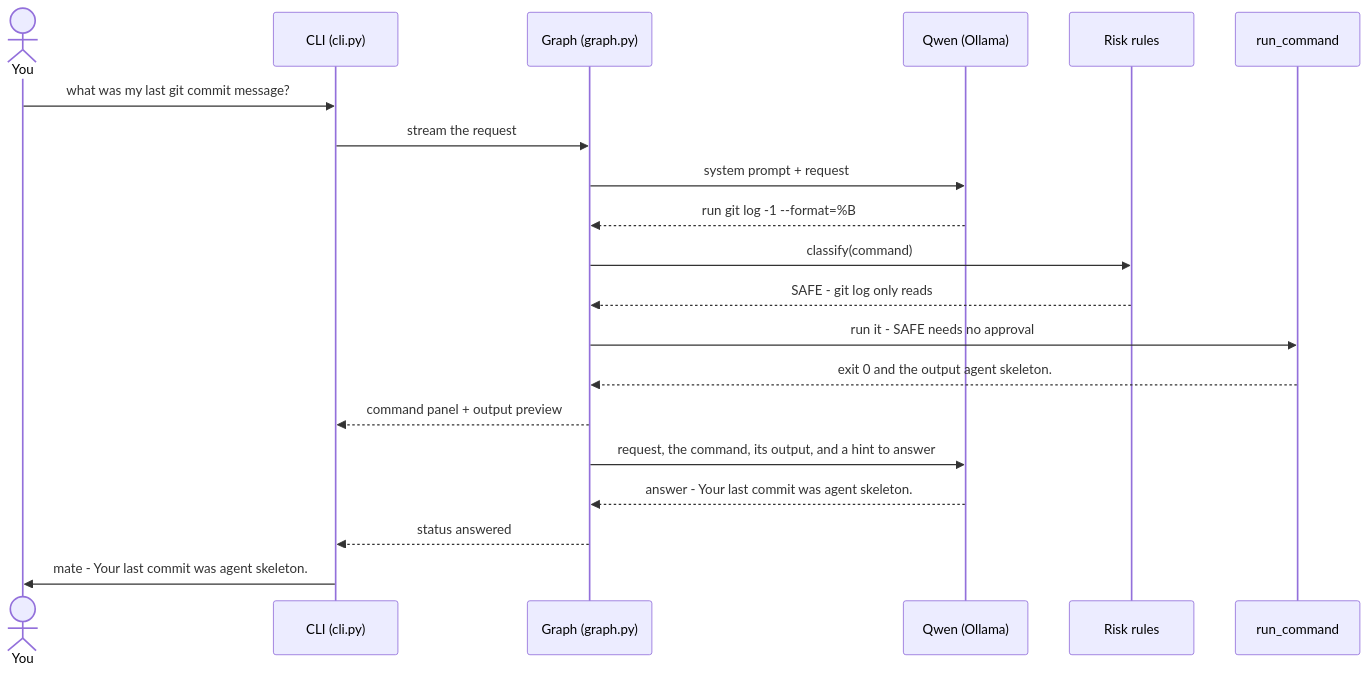
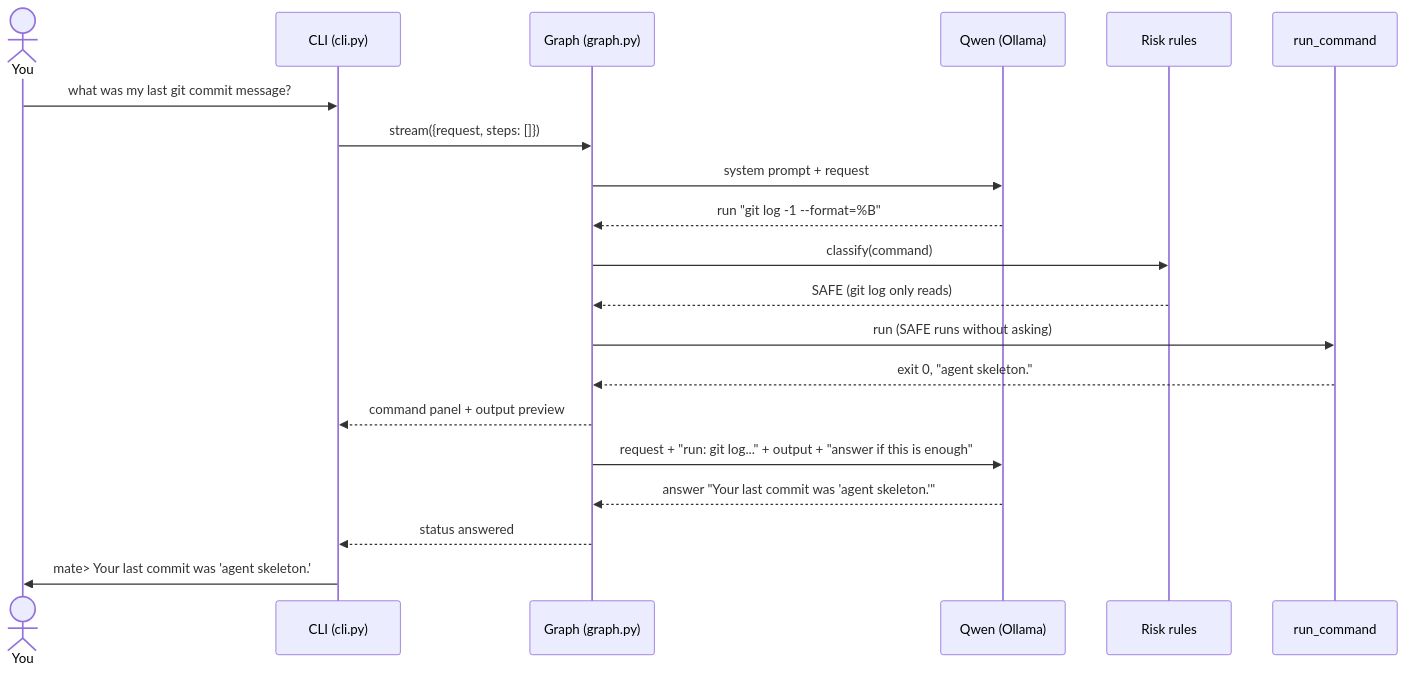
Before and after one commit to prameshbhattarai/shellmate: the second of 6 diagrams in docs/how-it-works.md, drawn with Mermaid. The commit also changed other lines of this file and 10 other files, not shown here.

````diff
--- a/docs/how-it-works.md
+++ b/docs/how-it-works.md
@@ -47,23 +47,23 @@
 ```mermaid
 sequenceDiagram
     actor You
     participant CLI as CLI (cli.py)
     participant Graph as Graph (graph.py)
     participant Model as Qwen (Ollama)
     participant Risk as Risk rules
     participant Shell as run_command
 
     You->>CLI: what was my last git commit message?
-    CLI->>Graph: stream the request
+    CLI->>Graph: stream({request, steps: []})
     Graph->>Model: system prompt + request
-    Model-->>Graph: run git log -1 --format=%B
+    Model-->>Graph: run "git log -1 --format=%B"
     Graph->>Risk: classify(command)
-    Risk-->>Graph: SAFE - git log only reads
-    Graph->>Shell: run it - SAFE needs no approval
-    Shell-->>Graph: exit 0 and the output agent skeleton.
+    Risk-->>Graph: SAFE (git log only reads)
+    Graph->>Shell: run (SAFE runs without asking)
+    Shell-->>Graph: exit 0, "agent skeleton."
     Graph-->>CLI: command panel + output preview
-    Graph->>Model: request, the command, its output, and a hint to answer
-    Model-->>Graph: answer - Your last commit was agent skeleton.
+    Graph->>Model: request + "run: git log..." + output + "answer if this is enough"
+    Model-->>Graph: answer "Your last commit was 'agent skeleton.'"
     Graph-->>CLI: status answered
-    CLI->>You: mate - Your last commit was agent skeleton.
+    CLI->>You: mate> Your last commit was 'agent skeleton.'
 ```
````
